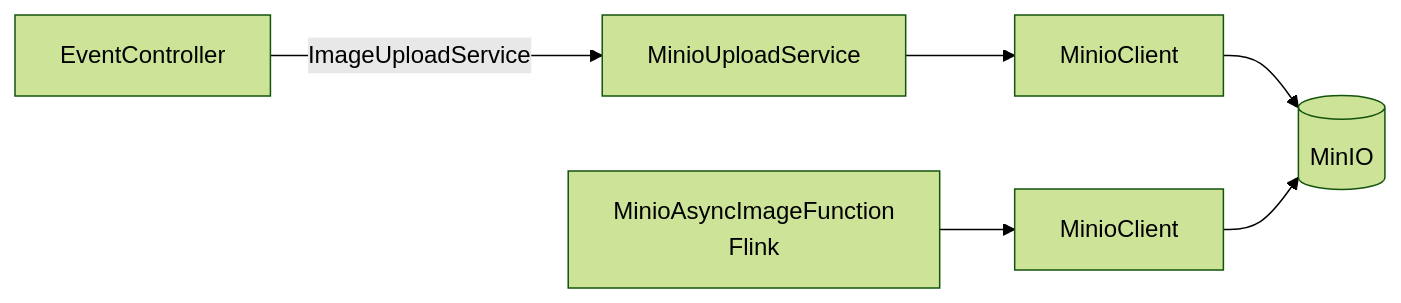
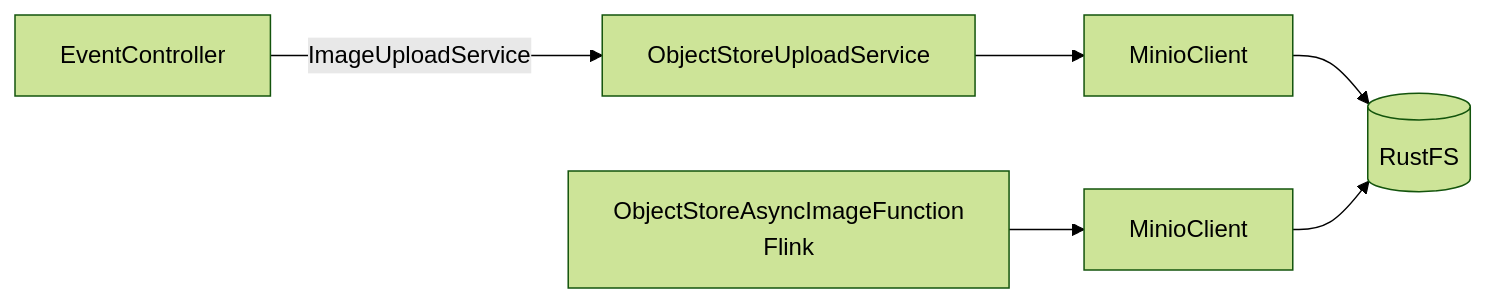
One commit to erancha/springboot-kafka-flink-postgres-minio-pipeline changed the first of 2 diagrams in docs/eventtype/s3-migration.md. Above: the diagram before and after it, drawn with Mermaid (forest theme). The commit also changed other lines of this file and 28 other files, not shown here.

````diff
--- a/docs/eventtype/s3-migration.md
+++ b/docs/eventtype/s3-migration.md
@@ -9,9 +9,9 @@
 ```mermaid
 graph LR
-    EC[EventController] -->|ImageUploadService| MUS[MinioUploadService]
+    EC[EventController] -->|ImageUploadService| MUS[ObjectStoreUploadService]
     MUS --> MC[MinioClient]
-    MC --> MinIO[(MinIO)]
+    MC --> Store[(RustFS)]
 
-    MUF[MinioAsyncImageFunction\nFlink] --> MC2[MinioClient]
-    MC2 --> MinIO
+    MUF[ObjectStoreAsyncImageFunction\nFlink] --> MC2[MinioClient]
+    MC2 --> Store
 ```
````
